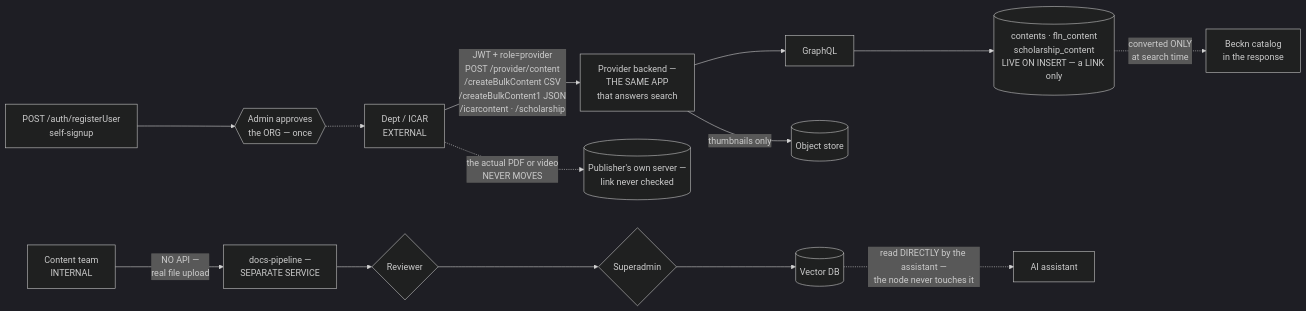
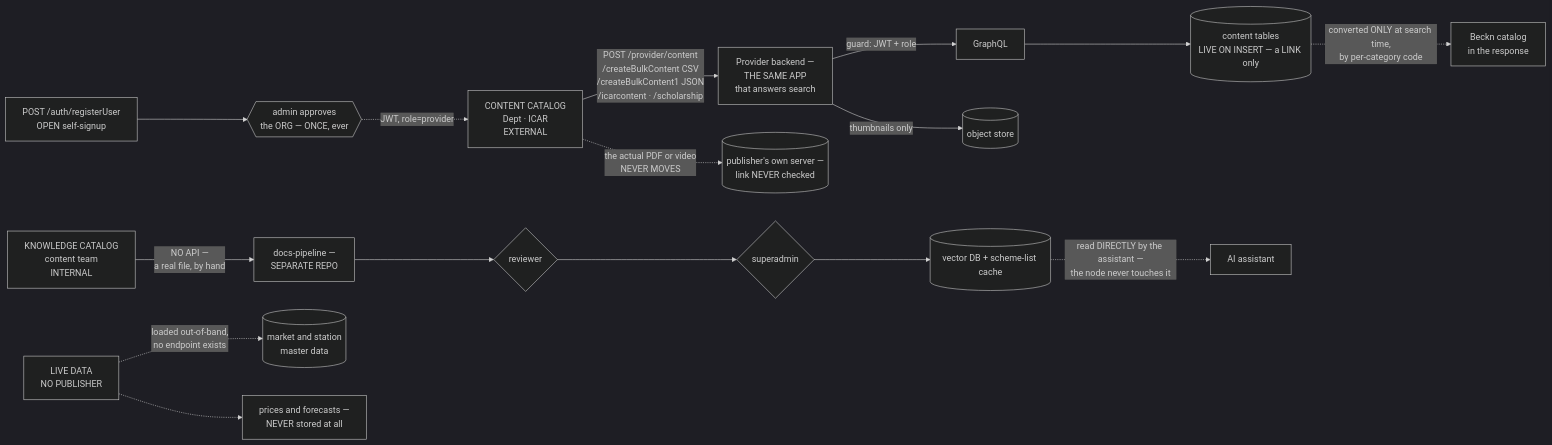
Before and after one commit to manjudr/documents: the first of 9 diagrams in ARCHITECTURE.md, drawn with Mermaid (dark theme). The commit also changed other lines of this file and 2 other files, not shown here.

First line of the commit message:
Rewrite publish and discover as points, diagrams and worked examples

````diff
--- a/ARCHITECTURE.md
+++ b/ARCHITECTURE.md
@@ -135,15 +171,19 @@
 ```mermaid
 graph LR
-  REG["POST /auth/registerUser<br/>self-signup"] --> ADM{{"Admin approves<br/>the ORG — once"}}
-  ADM -.-> D
-  D["Dept / ICAR<br/>EXTERNAL"] -->|"JWT + role=provider<br/>POST /provider/content<br/>/createBulkContent CSV<br/>/createBulkContent1 JSON<br/>/icarcontent · /scholarship"| API["Provider backend —<br/>THE SAME APP<br/>that answers search"]
-  D -.->|"the actual PDF or video<br/>NEVER MOVES"| HOST[("Publisher's own server —<br/>link never checked")]
-  API --> G["GraphQL"]
-  G --> DB[("contents · fln_content<br/>scholarship_content<br/>LIVE ON INSERT — a LINK only")]
-  API -->|"thumbnails only"| S3[("Object store")]
-  DB -.->|"converted ONLY<br/>at search time"| B["Beckn catalog<br/>in the response"]
+  REG["POST /auth/registerUser<br/>OPEN self-signup"] --> ADM{{"admin approves<br/>the ORG — ONCE, ever"}}
+  ADM -.->|"JWT, role=provider"| D
 
-  T["Content team<br/>INTERNAL"] -->|"NO API —<br/>real file upload"| P["docs-pipeline —<br/>SEPARATE SERVICE"]
-  P --> R{"Reviewer"} --> SU{"Superadmin"} --> V[("Vector DB")]
+  D["CONTENT CATALOG<br/>Dept · ICAR<br/>EXTERNAL"] -->|"POST /provider/content<br/>/createBulkContent CSV<br/>/createBulkContent1 JSON<br/>/icarcontent · /scholarship"| API["Provider backend —<br/>THE SAME APP<br/>that answers search"]
+  D -.->|"the actual PDF or video<br/>NEVER MOVES"| HOST[("publisher's own server —<br/>link NEVER checked")]
+  API -->|"guard: JWT + role"| G["GraphQL"]
+  G --> DB[("content tables<br/>LIVE ON INSERT — a LINK only")]
+  API -->|"thumbnails only"| S3[("object store")]
+  DB -.->|"converted ONLY at search time,<br/>by per-category code"| B["Beckn catalog<br/>in the response"]
+
+  T["KNOWLEDGE CATALOG<br/>content team<br/>INTERNAL"] -->|"NO API —<br/>a real file, by hand"| P["docs-pipeline —<br/>SEPARATE REPO"]
+  P --> R{"reviewer"} --> SU{"superadmin"} --> V[("vector DB + scheme-list cache")]
   V -.->|"read DIRECTLY by the assistant —<br/>the node never touches it"| AI["AI assistant"]
+
+  L["LIVE DATA<br/>NO PUBLISHER"] -.->|"loaded out-of-band,<br/>no endpoint exists"| GEO[("market and station<br/>master data")]
+  L -.-> X["prices and forecasts —<br/>NEVER stored at all"]
 ```
````
